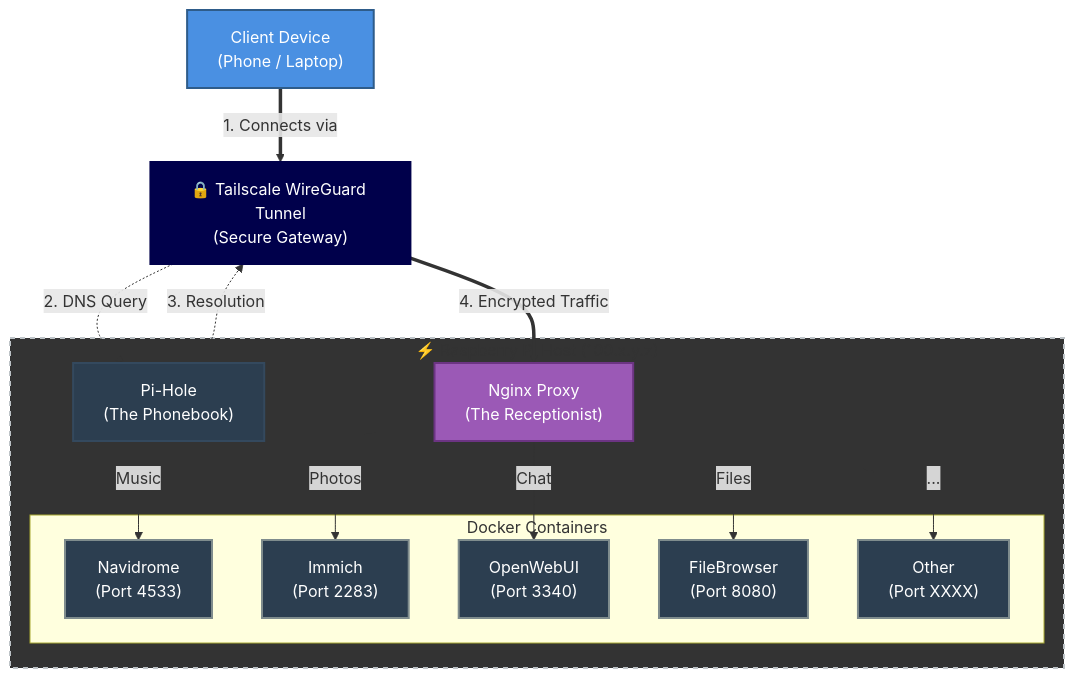
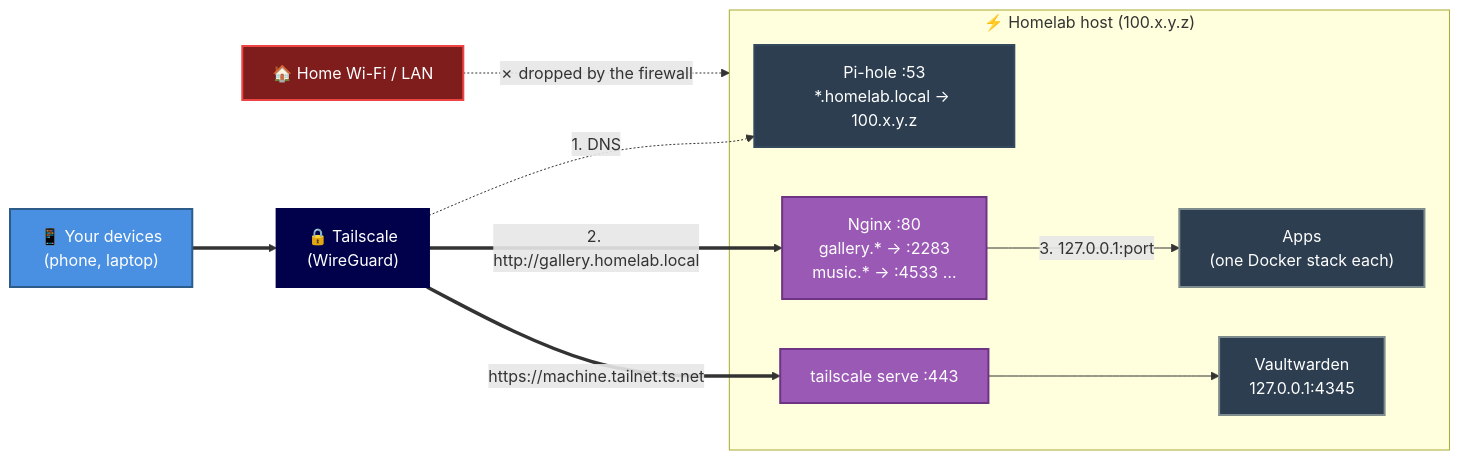
Before and after one commit to spaceadler/homelab: the diagram in README.md, drawn with Mermaid. The commit also changed other lines of this file and 168 other files, not shown here.

````diff
--- a/README.md
+++ b/README.md
@@ -140,65 +45,28 @@
 ```mermaid
-graph TD
-%% --- STYLING DEFINITIONS ---
-    
-    %% CLIENT (The User Device) -> Currently Bright Blue
-    %% fill: Background Color | stroke: Border Color | color: Text Color
+graph LR
     classDef client fill:#4A90E2,stroke:#2E5C8A,stroke-width:2px,color:#fff;
+    classDef vpn fill:#00004B,stroke:#00004B,stroke-width:2px,color:#fff;
+    classDef dns fill:#2C3E50,stroke:#34495E,stroke-width:2px,color:#fff;
+    classDef proxy fill:#9B59B6,stroke:#6C3483,stroke-width:2px,color:#fff;
+    classDef service fill:#2C3E50,stroke:#7F8C8D,stroke-width:2px,color:#fff;
+    classDef blocked fill:#7f1d1d,stroke:#ef4444,stroke-width:2px,color:#fff;
 
-    %% DNS (Pi-Hole) -> Currently Dark Navy/Grey
-    classDef dns fill:#2C3E50,stroke:#34495E,stroke-width:2px,color:#fff;
+    User["📱 Your devices<br/>(phone, laptop)"]:::client
+    VPN["🔒 Tailscale<br/>(WireGuard)"]:::vpn
+    LAN["🏠 Home Wi-Fi / LAN"]:::blocked
 
-    %% PROXY (Nginx) -> Currently Purple
-    classDef proxy fill:#9B59B6,stroke:#6C3483,stroke-width:2px,color:#fff;
-
-    %% SERVICES (The Containers) -> Currently Light Grey/White
-    classDef service fill:#2C3E50,stroke:#7F8C8D,stroke-width:2px,color:#fff;
-
-    %% VPN (The Tailscale Box) -> Currently Deep Midnight Blue
-    classDef vpn fill:#00004B,stroke:#00004B,stroke-width:2px,color:#fff; 
-
-    %% HOST (The Raspberry Pi Box) -> Currently White with Dashed Border
-    classDef host fill:#333333,stroke:#BDC3C7,stroke-width:2px,stroke-dasharray: 5 5;
-
-    %% NODES
-    User["Client Device<br/>(Phone / Laptop)"]:::client
-    
-    %% THE VPN TUNNEL (The Box the phone goes through)
-    VPN["🔒 Tailscale WireGuard Tunnel<br/>(Secure Gateway)"]:::vpn
-
-    subgraph Host [" ⚡ Raspberry Pi Host (100.x.y.z) "]
-        
-        PiHole["Pi-Hole<br/>(The Phonebook)"]:::dns
-        Nginx["Nginx Proxy<br/>(The Receptionist)"]:::proxy
-        
-        subgraph Containers [" Docker Containers "]
-            Music["Navidrome<br/>(Port 4533)"]:::service
-            Immich["Immich<br/>(Port 2283)"]:::service
-            AI["OpenWebUI<br/>(Port 3340)"]:::service
-            Files["FileBrowser<br/>(Port 8080)"]:::service
-            Other["Other<br/>(Port XXXX)"]:::service
-        end
+    subgraph Host [" ⚡ Homelab host (100.x.y.z) "]
+        PiHole["Pi-hole :53<br/>*.homelab.local → 100.x.y.z"]:::dns
+        Nginx["Nginx :80<br/>gallery.* → :2283<br/>music.* → :4533 …"]:::proxy
+        Serve["tailscale serve :443"]:::proxy
+        Apps["Apps<br/>(one Docker stack each)"]:::service
+        Vault["Vaultwarden<br/>127.0.0.1:4345"]:::service
     end
 
-    %% LOGIC FLOW
-    
-    %% Step 1: The Secure Connection
-    User ==>|"1. Connects via"| VPN
-
-    %% Step 2: DNS (Through the Tunnel)
-    VPN -.->|"2. DNS Query"| PiHole
-    PiHole -.->|"3. Resolution"| VPN
-
-    %% Step 3: Traffic (Through the Tunnel to Nginx)
-    VPN ==>|"4. Encrypted Traffic"| Nginx
-
-    %% Step 4: Internal Routing
-    Nginx -->|"Music"| Music
-    Nginx -->|"Photos"| Immich
-    Nginx -->|"Chat"| AI
-    Nginx -->|"Files"| Files
-    Nginx -->|"..."| Other
-
-    %% Style the Host box
-    class Host host;
+    User ==> VPN
+    VPN -.->|"1. DNS"| PiHole
+    VPN ==>|"2. http://gallery.homelab.local"| Nginx
+    Nginx -->|"3. 127.0.0.1:port"| Apps
+    VPN ==>|"https://machine.tailnet.ts.net"| Serve --> Vault
+    LAN -. "✗ dropped by the firewall" .-> Host
 ```
````
